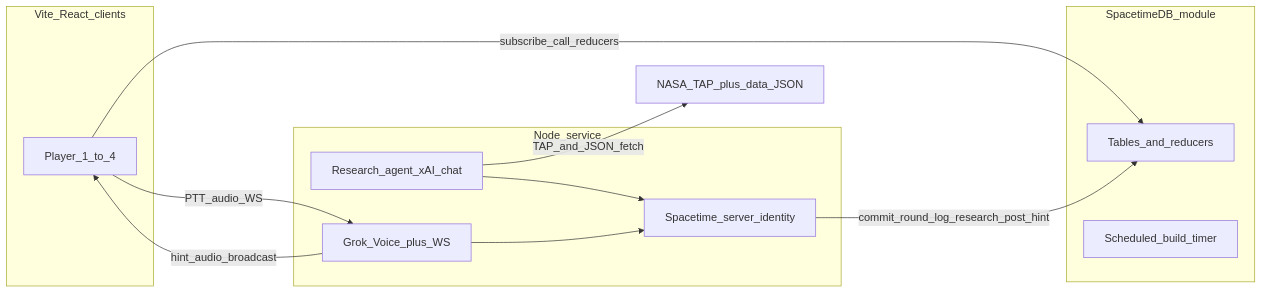
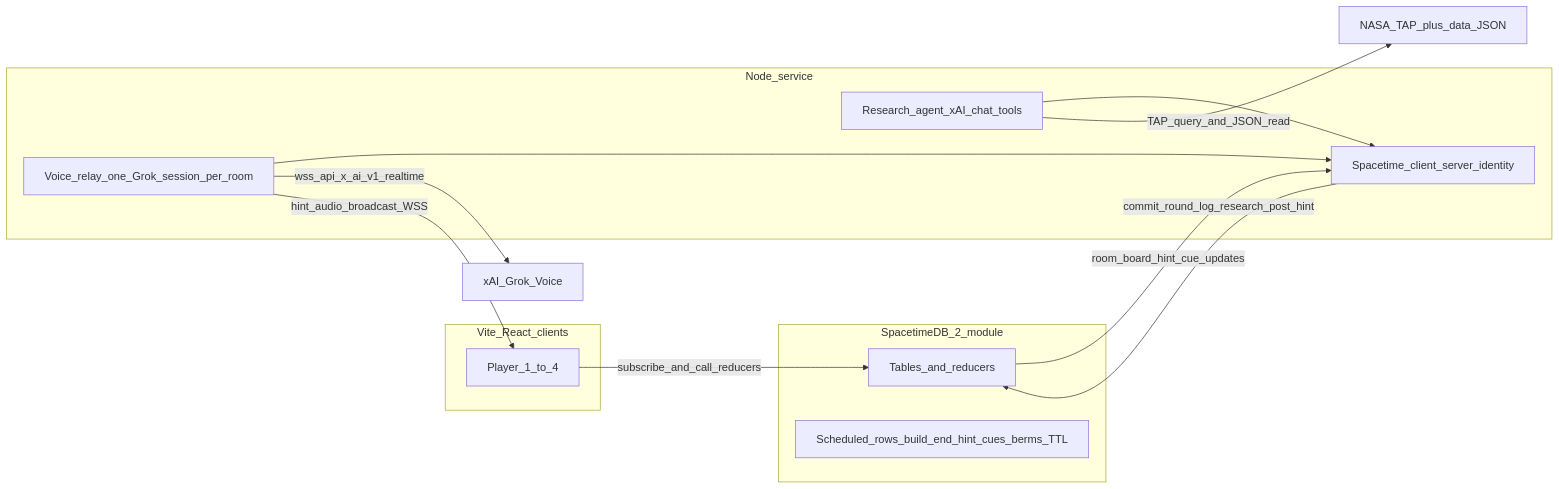
Before and after one commit to mabusid/MHacks26: the diagram in docs/Implementation.md, drawn with Mermaid. The commit also changed other lines of this file and 1 other file, not shown here.

First line of the commit message:
Update docs for SpacetimeDB 2.x and board-read hints.

````diff
--- a/docs/Implementation.md
+++ b/docs/Implementation.md
@@ -11,22 +11,23 @@
 ```mermaid
 flowchart LR
   subgraph clients [Vite_React_clients]
     C1[Player_1_to_4]
   end
-  subgraph spacetime [SpacetimeDB_module]
+  subgraph spacetime [SpacetimeDB_2_module]
     ST[Tables_and_reducers]
-    SCH[Scheduled_build_timer]
+    SCH[Scheduled_rows_build_end_hint_cues_berms_TTL]
   end
   subgraph node [Node_service]
-    RES[Research_agent_xAI_chat]
-    VOX[Grok_Voice_plus_WS]
-    STC[Spacetime_server_identity]
+    RES[Research_agent_xAI_chat_tools]
+    VOX[Voice_relay_one_Grok_session_per_room]
+    STC[Spacetime_client_server_identity]
   end
-  C1 -->|subscribe_call_reducers| ST
+  C1 -->|subscribe_and_call_reducers| ST
   STC -->|commit_round_log_research_post_hint| ST
+  ST -->|room_board_hint_cue_updates| STC
   RES --> STC
   VOX --> STC
-  C1 -->|PTT_audio_WS| VOX
-  VOX -->|hint_audio_broadcast| C1
-  RES -->|TAP_and_JSON_fetch| Data[NASA_TAP_plus_data_JSON]
+  VOX -->|wss_api_x_ai_v1_realtime| Grok[xAI_Grok_Voice]
+  VOX -->|hint_audio_broadcast_WSS| C1
+  RES -->|TAP_query_and_JSON_read| Data[NASA_TAP_plus_data_JSON]
 ```
````
